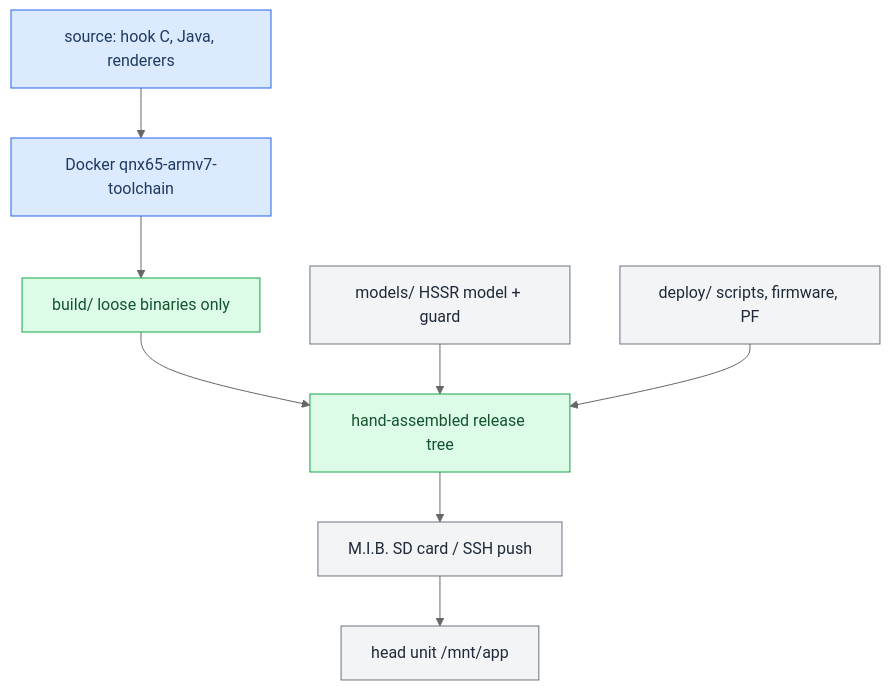
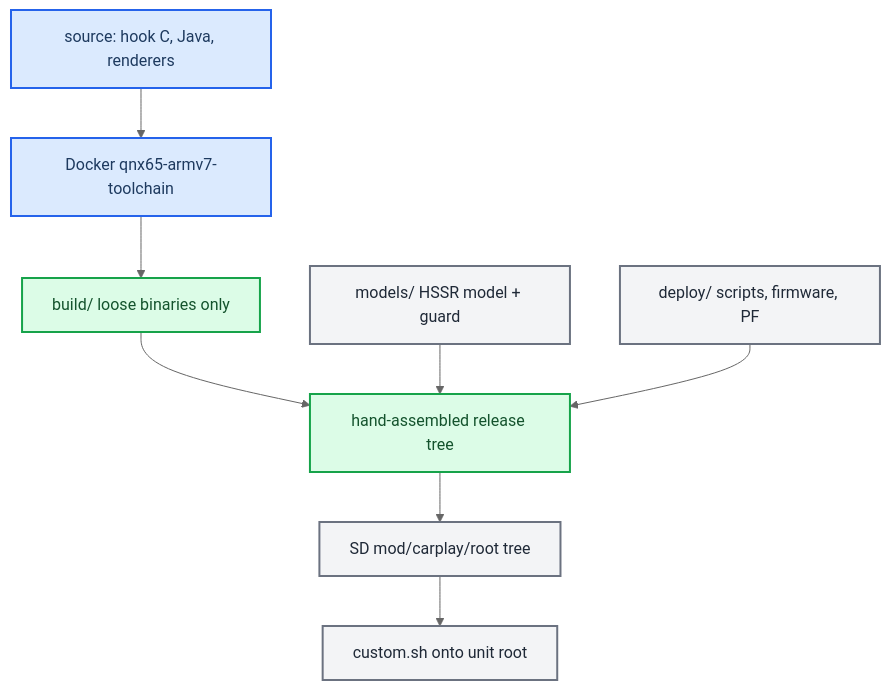
The diagram in docs-obsidian/Build and Deploy/Build and Deploy MOC.md (luka-dev/mib2q-carplay-rgi), drawn with Mermaid (neutral theme) before and after one commit. The commit also changed other lines of this file and 43 other files, not shown here.

````diff
--- a/docs-obsidian/Build and Deploy/Build and Deploy MOC.md
+++ b/docs-obsidian/Build and Deploy/Build and Deploy MOC.md
@@ -15,25 +15,24 @@
 ```mermaid
 flowchart TB
   accTitle: Source through the toolchain to the head unit
-  accDescr: Source compiles in the Docker QNX toolchain into loose binaries in build slash, which are hand-assembled with models and deploy into a release tree, staged on an M.I.B. card or SSH, and installed on the unit.
+  accDescr: Source compiles in the Docker QNX toolchain into loose binaries in build, which are hand-assembled with models and deploy into mod/carplay/root on an M.I.B. card, and custom.sh installs it on the unit.
   src["source: hook C, Java, renderers"]
   docker["Docker qnx65-armv7-toolchain"]
   build["build/ loose binaries only"]
   models["models/ HSSR model + guard"]
   deploy["deploy/ scripts, firmware, PF"]
   assemble["hand-assembled release tree"]
-  card["M.I.B. SD card / SSH push"]
-  unit["head unit /mnt/app"]
+  card["SD mod/carplay/root tree"]
+  unit["custom.sh onto unit root"]
   src --> docker --> build
   build --> assemble
   models --> assemble
   deploy --> assemble
   assemble --> card --> unit
   class src,docker primary
   class build,assemble success
-  class card,unit neutral
-  class models,deploy neutral
-  classDef primary fill:#dbeafe,stroke:#2563eb,color:#1e3a5f
-  classDef success fill:#dcfce7,stroke:#16a34a,color:#14532d
-  classDef neutral fill:#f3f4f6,stroke:#6b7280,color:#1f2937
+  class card,unit,models,deploy neutral
+  classDef primary fill:#dbeafe,stroke:#2563eb,stroke-width:2px,color:#1e3a5f
+  classDef success fill:#dcfce7,stroke:#16a34a,stroke-width:2px,color:#14532d
+  classDef neutral fill:#f3f4f6,stroke:#6b7280,stroke-width:2px,color:#1f2937
 ```
````
